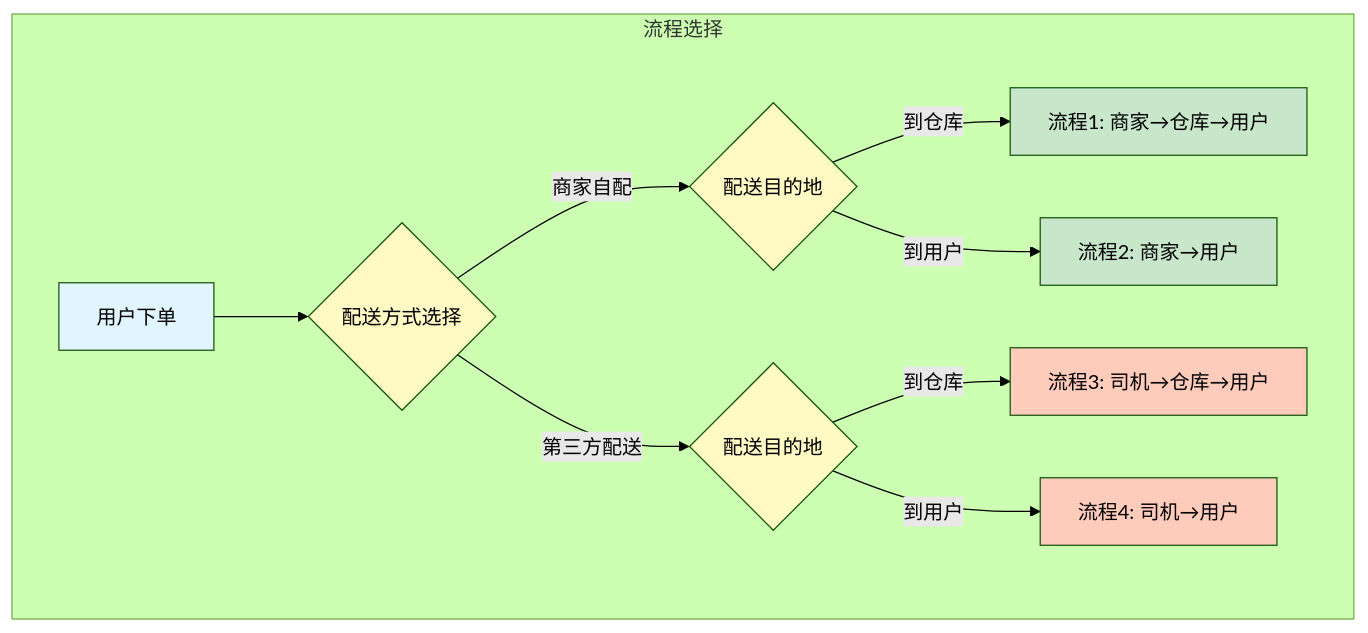
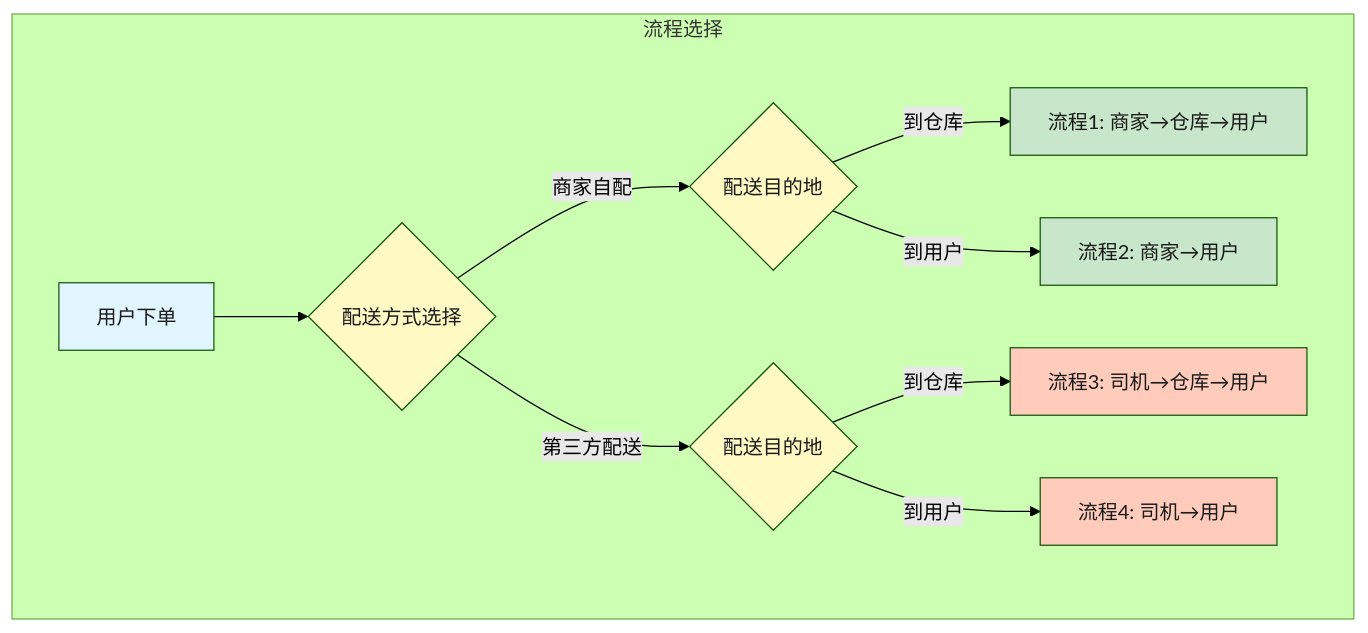
The ninth of 9 diagrams in delivery-process-zh.md (wetigub2b/tigub2b_delivery), drawn with Mermaid (forest theme) before and after one commit. The commit also changed other lines of this file and 63 other files, not shown here.

````diff
--- a/delivery-process-zh.md
+++ b/delivery-process-zh.md
@@ -241,23 +267,23 @@
 ```mermaid
 graph TB
     subgraph 流程选择
         A[用户下单] --> B{配送方式选择}
         B --> |商家自配| C{配送目的地}
         B --> |第三方配送| D{配送目的地}
 
         C --> |到仓库| E[流程1: 商家→仓库→用户]
         C --> |到用户| F[流程2: 商家→用户]
 
         D --> |到仓库| G[流程3: 司机→仓库→用户]
         D --> |到用户| H[流程4: 司机→用户]
     end
 
-    style A fill:#e1f5ff
-    style B fill:#fff9c4
-    style C fill:#fff9c4
-    style D fill:#fff9c4
-    style E fill:#c8e6c9
-    style F fill:#c8e6c9
-    style G fill:#ffccbc
-    style H fill:#ffccbc
+    style A fill:#e1f5ff,color:#1a1a1a
+    style B fill:#fff9c4,color:#1a1a1a
+    style C fill:#fff9c4,color:#1a1a1a
+    style D fill:#fff9c4,color:#1a1a1a
+    style E fill:#c8e6c9,color:#1a1a1a
+    style F fill:#c8e6c9,color:#1a1a1a
+    style G fill:#ffccbc,color:#1a1a1a
+    style H fill:#ffccbc,color:#1a1a1a
 ```
````
